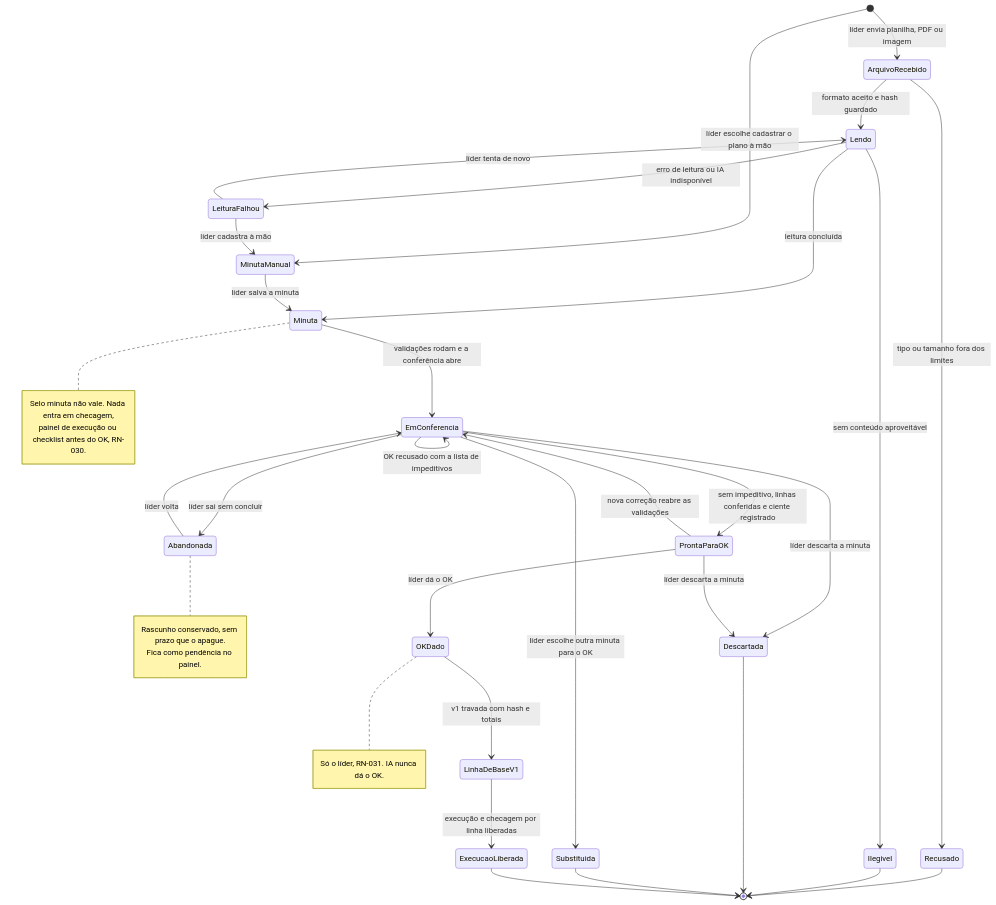
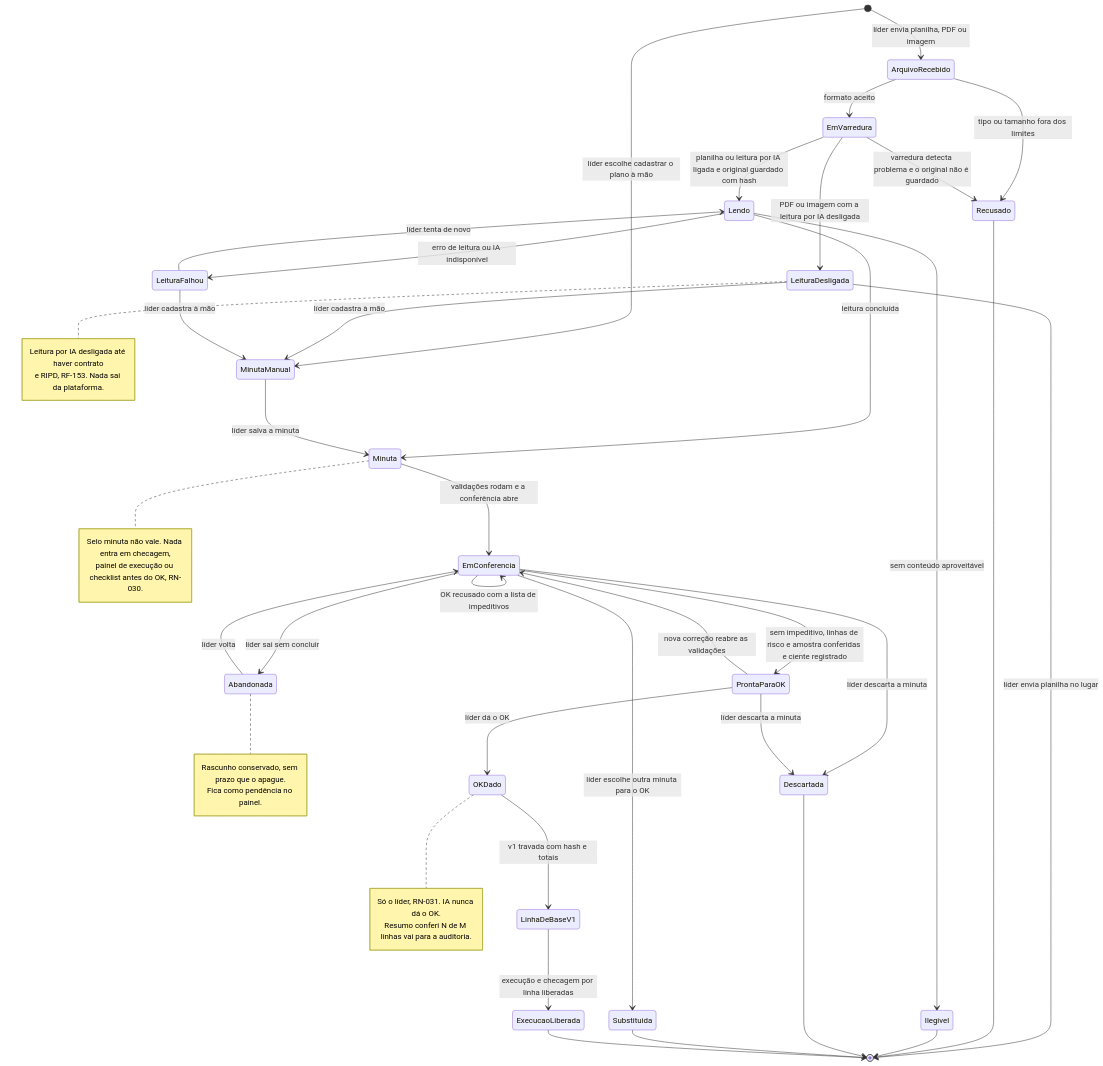
Diagram 16 of 26 in docs/04-workflows.md (Beguelly/gestprojet), drawn with Mermaid before and after one commit. The commit also changed other lines of this file and 2 other files, not shown here.

````diff
--- a/docs/04-workflows.md
+++ b/docs/04-workflows.md
@@ -1128,43 +1129,53 @@
 ```mermaid
 stateDiagram-v2
     [*] --> ArquivoRecebido: líder envia planilha, PDF ou imagem
     [*] --> MinutaManual: líder escolhe cadastrar o plano à mão
     ArquivoRecebido --> Recusado: tipo ou tamanho fora dos limites
-    ArquivoRecebido --> Lendo: formato aceito e hash guardado
+    ArquivoRecebido --> EmVarredura: formato aceito
+    EmVarredura --> Recusado: varredura detecta problema e o original não é guardado
+    EmVarredura --> Lendo: planilha ou leitura por IA ligada e original guardado com hash
+    EmVarredura --> LeituraDesligada: PDF ou imagem com a leitura por IA desligada
+    LeituraDesligada --> MinutaManual: líder cadastra à mão
+    LeituraDesligada --> [*]: líder envia planilha no lugar
     Lendo --> LeituraFalhou: erro de leitura ou IA indisponível
     Lendo --> Ilegivel: sem conteúdo aproveitável
     Lendo --> Minuta: leitura concluída
     LeituraFalhou --> Lendo: líder tenta de novo
     LeituraFalhou --> MinutaManual: líder cadastra à mão
     MinutaManual --> Minuta: líder salva a minuta
     Minuta --> EmConferencia: validações rodam e a conferência abre
     EmConferencia --> EmConferencia: líder corrige um campo e as validações rodam de novo
     EmConferencia --> EmConferencia: OK recusado com a lista de impeditivos
-    EmConferencia --> ProntaParaOK: sem impeditivo, linhas conferidas e ciente registrado
+    EmConferencia --> ProntaParaOK: sem impeditivo, linhas de risco e amostra conferidas e ciente registrado
     ProntaParaOK --> EmConferencia: nova correção reabre as validações
     ProntaParaOK --> OKDado: líder dá o OK
     OKDado --> LinhaDeBaseV1: v1 travada com hash e totais
     LinhaDeBaseV1 --> ExecucaoLiberada: execução e checagem por linha liberadas
     EmConferencia --> Abandonada: líder sai sem concluir
     Abandonada --> EmConferencia: líder volta
     EmConferencia --> Descartada: líder descarta a minuta
     ProntaParaOK --> Descartada: líder descarta a minuta
     EmConferencia --> Substituida: líder escolhe outra minuta para o OK
     Recusado --> [*]
     Ilegivel --> [*]
     Descartada --> [*]
     Substituida --> [*]
     ExecucaoLiberada --> [*]
 
     note right of Minuta
         Selo minuta não vale. Nada entra em checagem,
         painel de execução ou checklist antes do OK, RN-030.
     end note
     note right of OKDado
         Só o líder, RN-031. IA nunca dá o OK.
+        Resumo conferi N de M linhas vai para a auditoria.
     end note
     note right of Abandonada
         Rascunho conservado, sem prazo que o apague.
         Fica como pendência no painel.
     end note
+    note right of LeituraDesligada
+        Leitura por IA desligada até haver contrato
+        e RIPD, RF-153. Nada sai da plataforma.
+    end note
 ```
````
